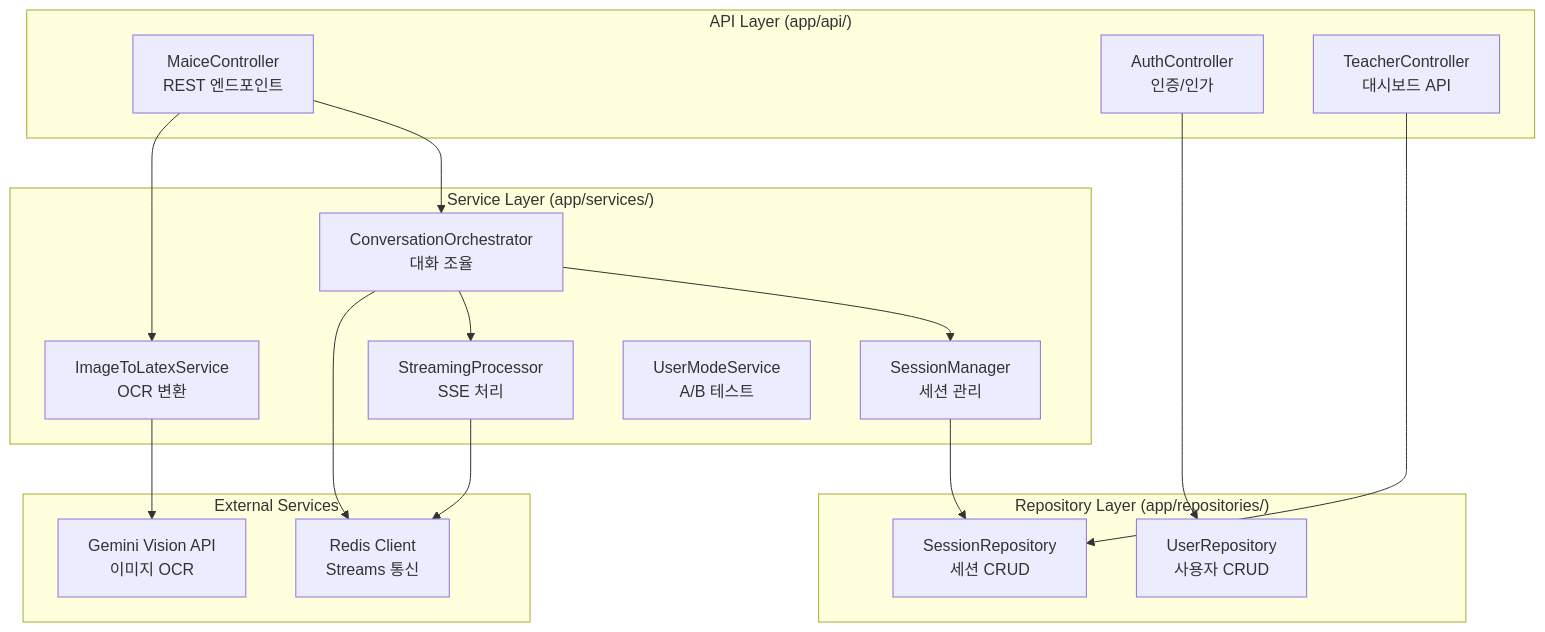
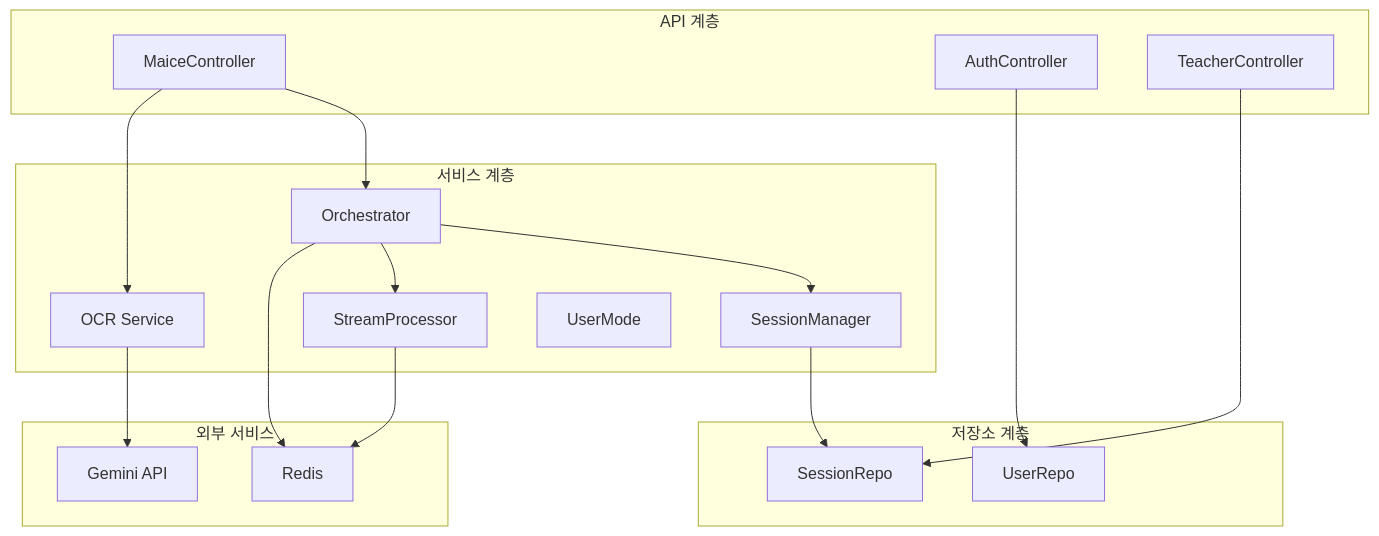
One commit to KimKyuBong/maice-paper-deploy changed the fifth of 16 diagrams in docs/chapters/04-system-implementation.md. Above: the diagram before and after it, drawn with Mermaid. The commit also changed other lines of this file and 79 other files, not shown here.

````diff
--- a/docs/chapters/04-system-implementation.md
+++ b/docs/chapters/04-system-implementation.md
@@ -244,39 +232,39 @@
 ```mermaid
 graph TB
-    subgraph "API Layer (app/api/)"
-        A[MaiceController<br/>REST 엔드포인트]
-        B[AuthController<br/>인증/인가]
-        C[TeacherController<br/>대시보드 API]
+    subgraph "API 계층"
+        A[MaiceController]
+        B[AuthController]
+        C[TeacherController]
     end
     
-    subgraph "Service Layer (app/services/)"
-        D[ConversationOrchestrator<br/>대화 조율]
-        E[SessionManager<br/>세션 관리]
-        F[StreamingProcessor<br/>SSE 처리]
-        G[ImageToLatexService<br/>OCR 변환]
-        H[UserModeService<br/>A/B 테스트]
+    subgraph "서비스 계층"
+        D[Orchestrator]
+        E[SessionManager]
+        F[StreamProcessor]
+        G[OCR Service]
+        H[UserMode]
     end
     
-    subgraph "Repository Layer (app/repositories/)"
-        I[UserRepository<br/>사용자 CRUD]
-        J[SessionRepository<br/>세션 CRUD]
+    subgraph "저장소 계층"
+        I[UserRepo]
+        J[SessionRepo]
     end
     
-    subgraph "External Services"
-        K[Redis Client<br/>Streams 통신]
-        L[Gemini Vision API<br/>이미지 OCR]
+    subgraph "외부 서비스"
+        K[Redis]
+        L[Gemini API]
     end
     
     A --> D
     A --> G
     B --> I
     C --> J
     
     D --> E
     D --> F
     D --> K
     
     E --> J
     F --> K
     G --> L
 ```
````
